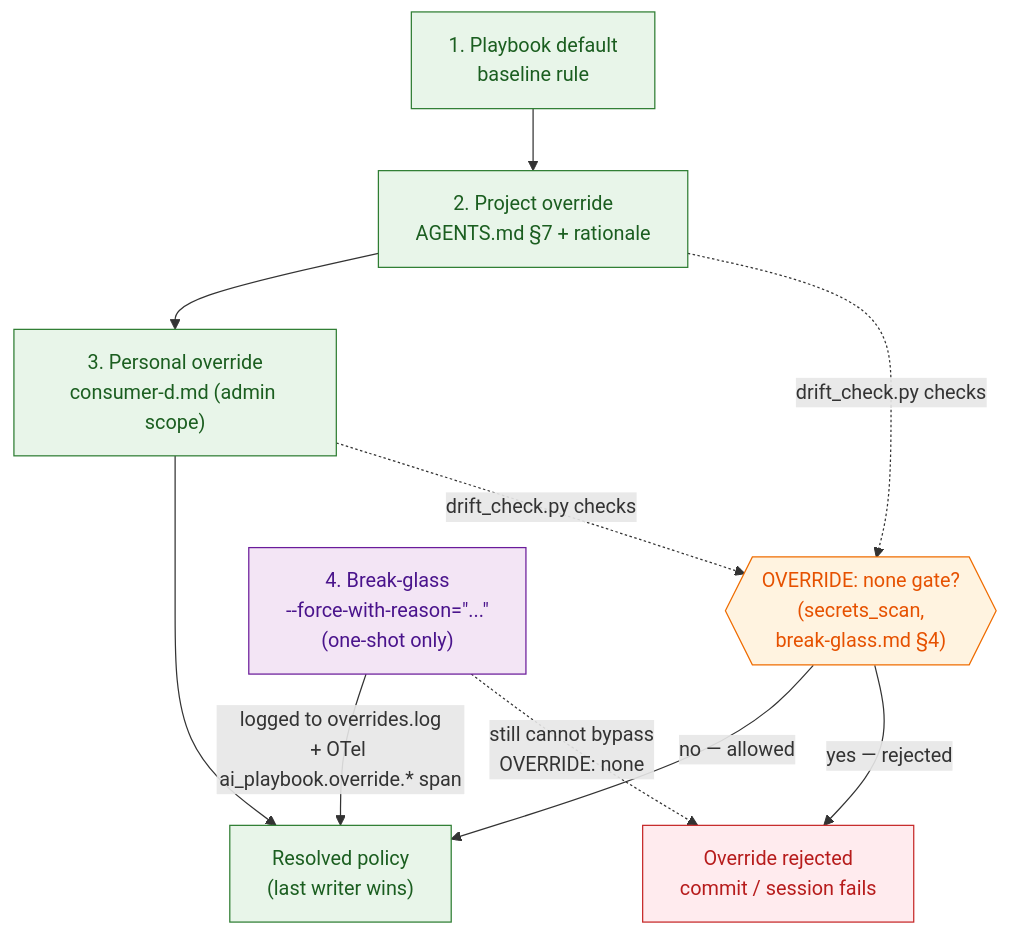
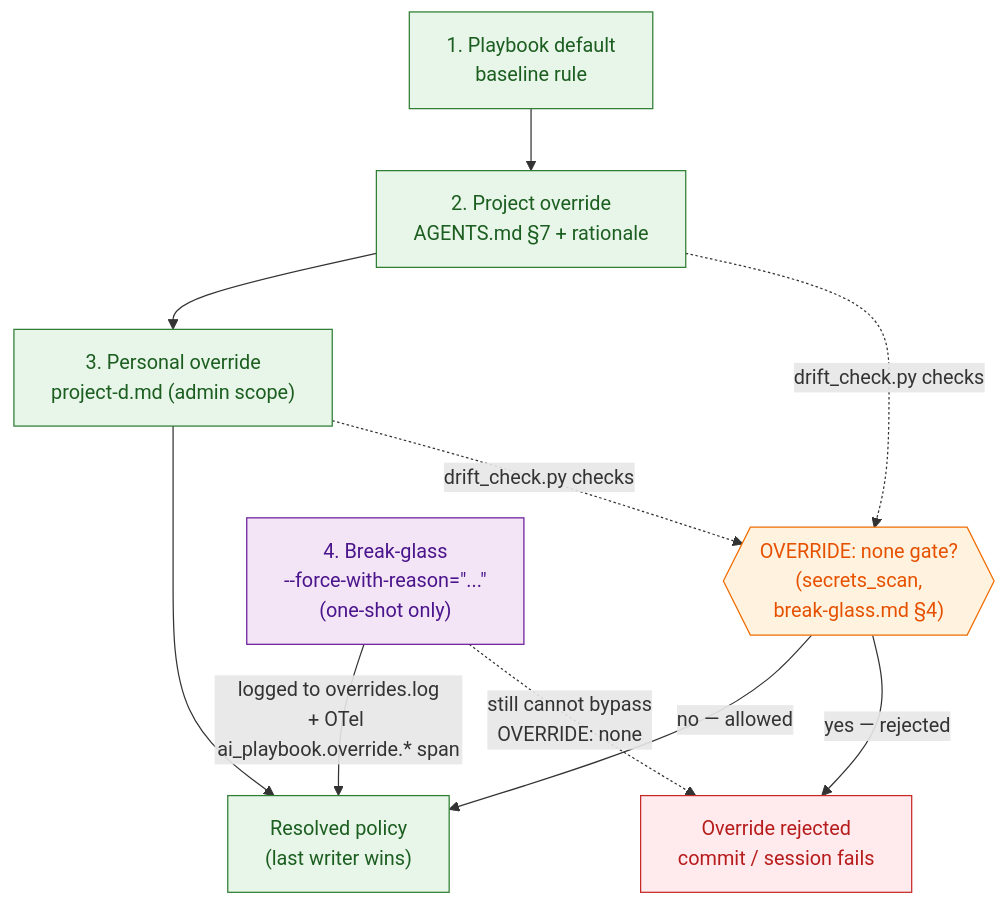
The second of 2 diagrams in docs/concepts/dispatcher-chain.md (Wizarck/ai-playbook), drawn with Mermaid before and after one commit. The commit also changed other lines of this file and 91 other files, not shown here.

````diff
--- a/docs/concepts/dispatcher-chain.md
+++ b/docs/concepts/dispatcher-chain.md
@@ -78,30 +78,30 @@
 ```mermaid
 flowchart TD
     Default["1. Playbook default<br/>baseline rule"]
     ProjectOv["2. Project override<br/>AGENTS.md §7 + rationale"]
-    PersonalOv["3. Personal override<br/>consumer-d.md (admin scope)"]
+    PersonalOv["3. Personal override<br/>project-d.md (admin scope)"]
     Resolved["Resolved policy<br/>(last writer wins)"]
 
     Default --> ProjectOv
     ProjectOv --> PersonalOv
     PersonalOv --> Resolved
 
     Gate{{"OVERRIDE: none gate?<br/>(secrets_scan,<br/>break-glass.md §4)"}}
     ProjectOv -. "drift_check.py checks" .-> Gate
     PersonalOv -. "drift_check.py checks" .-> Gate
     Gate -- "no — allowed" --> Resolved
     Gate -- "yes — rejected" --> Blocked["Override rejected<br/>commit / session fails"]
 
     BreakGlass["4. Break-glass<br/>--force-with-reason=&quot;...&quot;<br/>(one-shot only)"]
     BreakGlass -- "logged to overrides.log<br/>+ OTel ai_playbook.override.* span" --> Resolved
     BreakGlass -. "still cannot bypass<br/>OVERRIDE: none" .-> Blocked
 
     classDef allowed fill:#e8f5e9,stroke:#2e7d32,color:#1b5e20
     classDef blocked fill:#ffebee,stroke:#c62828,color:#b71c1c
     classDef gate fill:#fff3e0,stroke:#ef6c00,color:#e65100
     classDef glass fill:#f3e5f5,stroke:#6a1b9a,color:#4a148c
     class Default,ProjectOv,PersonalOv,Resolved allowed
     class Blocked blocked
     class Gate gate
     class BreakGlass glass
 ```
````
